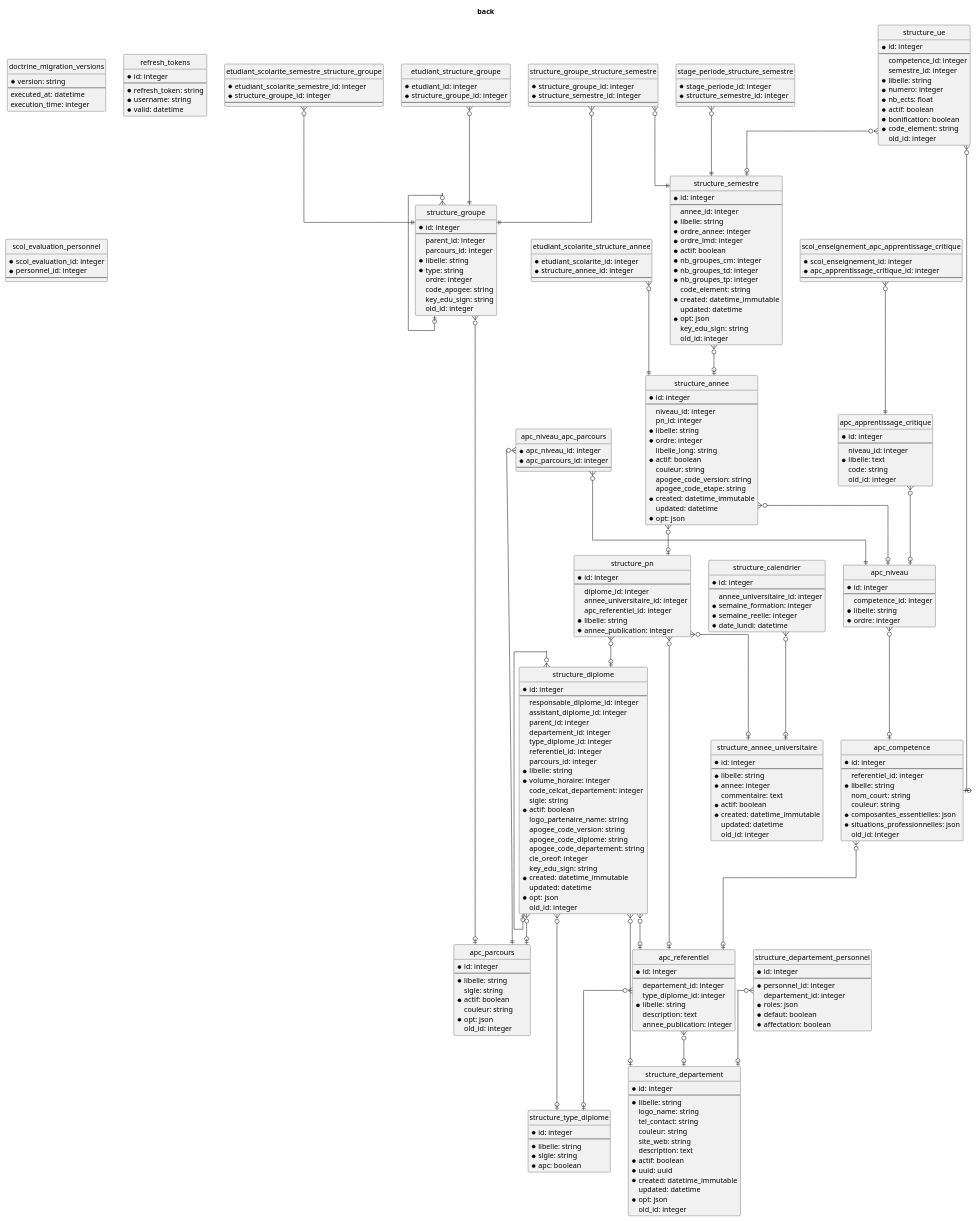
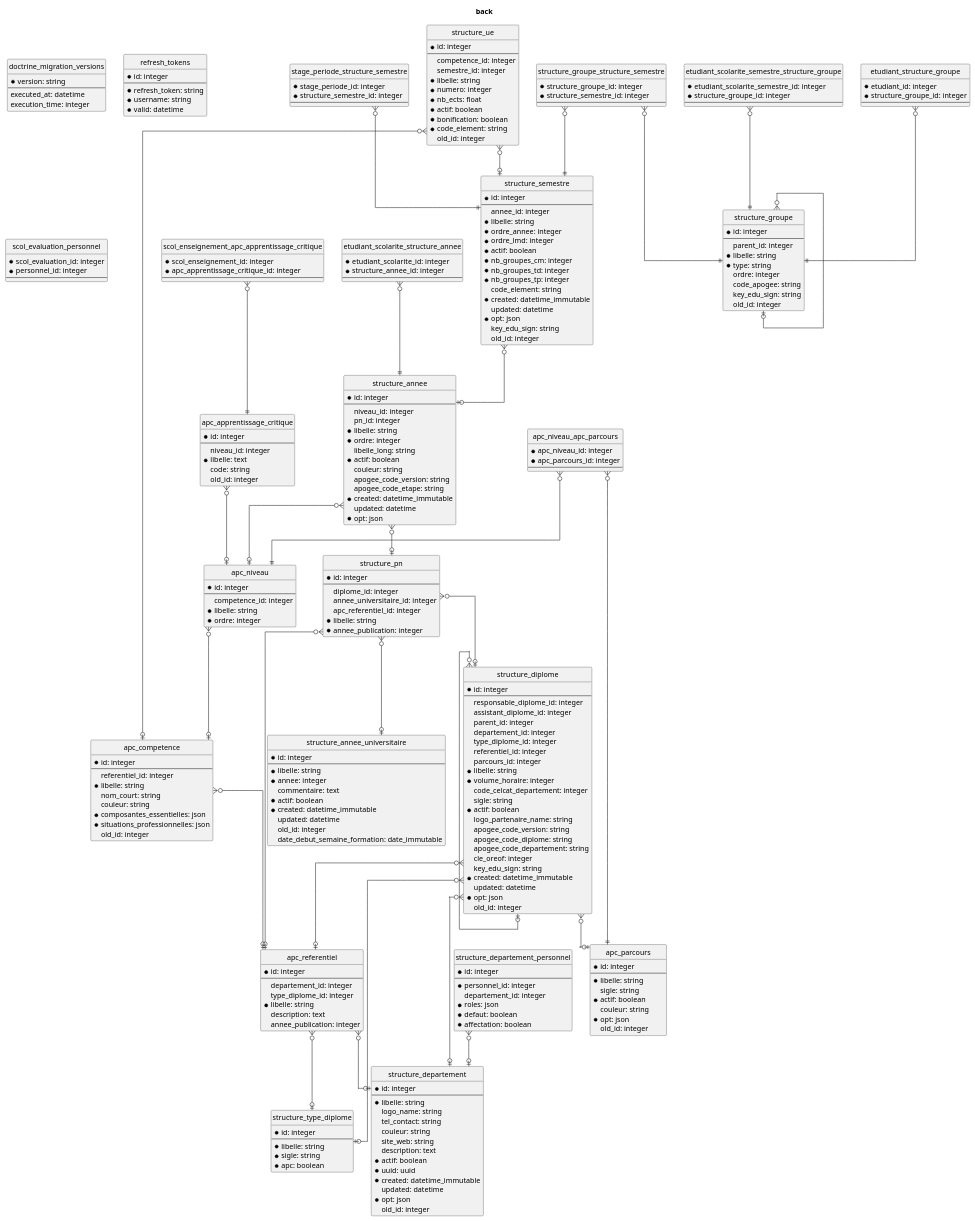
One commit to IUTTroyes/uniServices changed the diagram in back/schema_structure_apc.puml. Above: the diagram before and after it, drawn with PlantUML. The commit also changed 10 other files, not shown here.

Commit message:
refactor(Structure): remove unused StructureGroupe references and update calendar handling

```diff
--- a/back/schema_structure_apc.puml
+++ b/back/schema_structure_apc.puml
@@ -124,14 +124,7 @@
 * created: datetime_immutable
  updated: datetime
  old_id: integer
-}
-entity structure_calendrier {
-* id: integer
---
- annee_universitaire_id: integer
-* semaine_formation: integer
-* semaine_reelle: integer
-* date_lundi: datetime
+ date_debut_semaine_formation: date_immutable
 }
 entity structure_departement {
 * id: integer
@@ -188,7 +181,6 @@
 * id: integer
 --
  parent_id: integer
- parcours_id: integer
 * libelle: string
 * type: string
  ordre: integer
@@ -262,14 +254,12 @@
 stage_periode_structure_semestre }o--|| structure_semestre
 structure_annee }o--o| structure_pn
 structure_annee }o--o| apc_niveau
-structure_calendrier }o--o| structure_annee_universitaire
 structure_departement_personnel }o--o| structure_departement
 structure_diplome }o--o| structure_type_diplome
 structure_diplome }o--o| apc_parcours
 structure_diplome }o--o| structure_diplome
 structure_diplome }o--o| apc_referentiel
 structure_diplome }o--o| structure_departement
-structure_groupe }o--o| apc_parcours
 structure_groupe }o--o| structure_groupe
 structure_groupe_structure_semestre }o--|| structure_semestre
 structure_groupe_structure_semestre }o--|| structure_groupe
```
